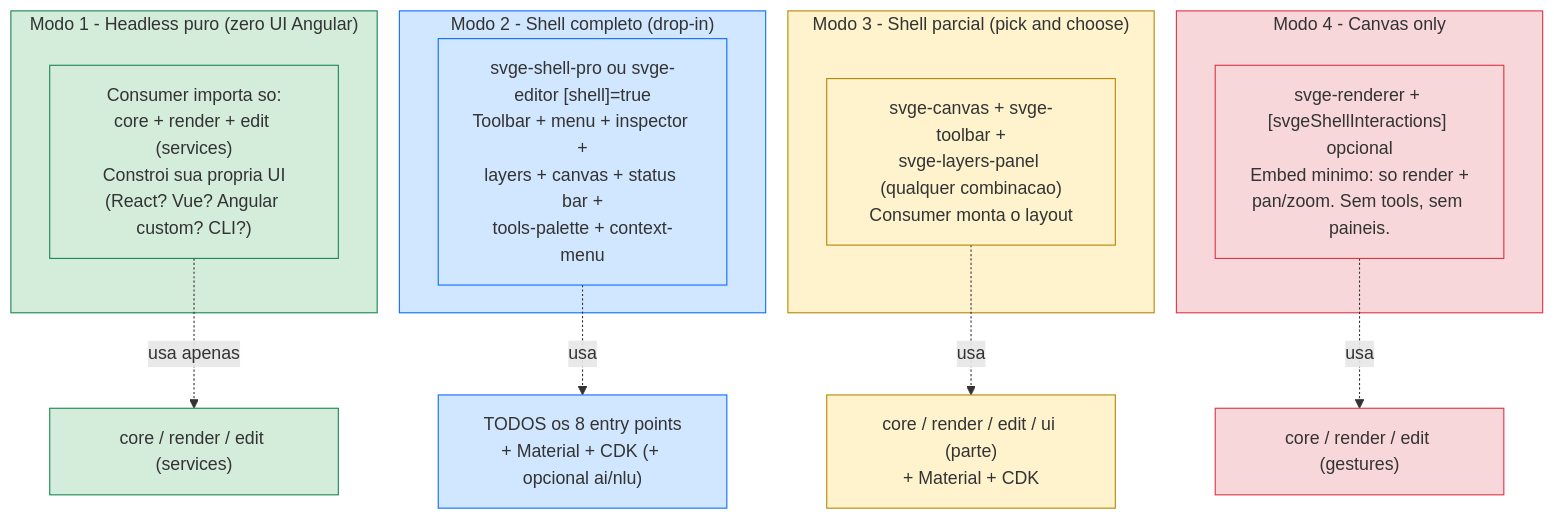
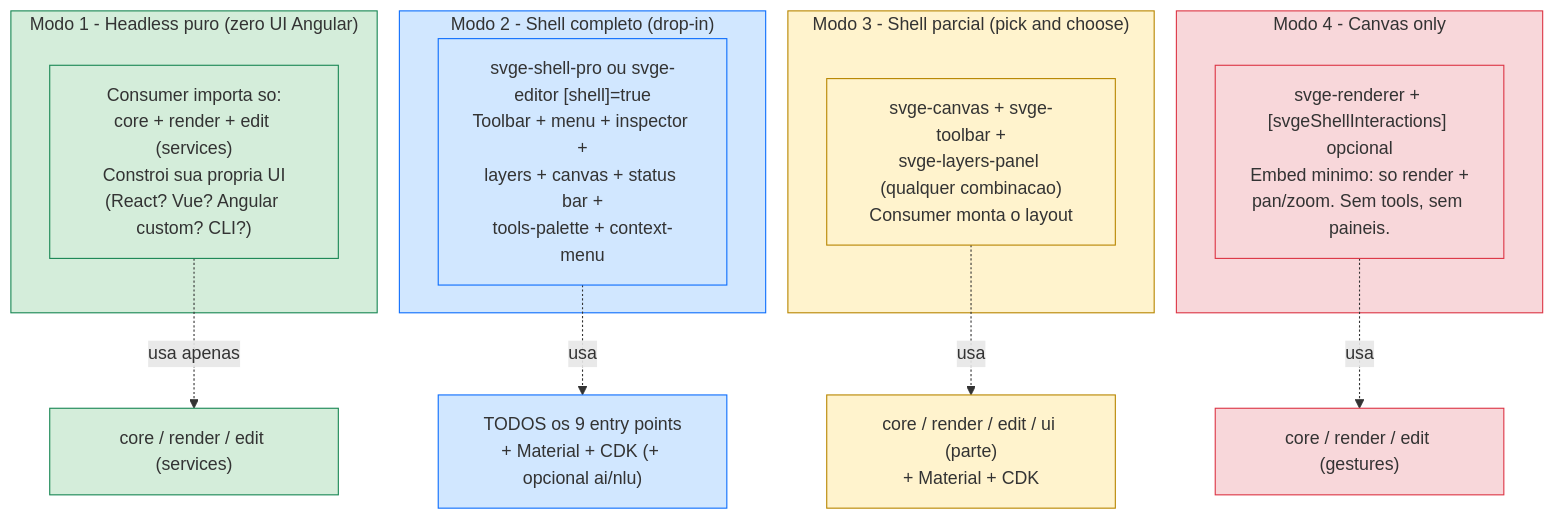
The third of 3 diagrams in docs/02-arquitetura.md (mosaicoo/svg-engine), drawn with Mermaid before and after one commit. The commit also changed other lines of this file and 2 other files, not shown here.

````diff
--- a/docs/02-arquitetura.md
+++ b/docs/02-arquitetura.md
@@ -389,33 +394,33 @@
 ```mermaid
 flowchart TB
   subgraph Mode1["Modo 1 - Headless puro (zero UI Angular)"]
     M1["Consumer importa so:<br/>core + render + edit (services)<br/>Constroi sua propria UI<br/>(React? Vue? Angular custom? CLI?)"]
   end
 
   subgraph Mode2["Modo 2 - Shell completo (drop-in)"]
     M2["svge-shell-pro ou svge-editor [shell]=true<br/>Toolbar + menu + inspector +<br/>layers + canvas + status bar +<br/>tools-palette + context-menu"]
   end
 
   subgraph Mode3["Modo 3 - Shell parcial (pick and choose)"]
     M3["svge-canvas + svge-toolbar +<br/>svge-layers-panel (qualquer combinacao)<br/>Consumer monta o layout"]
   end
 
   subgraph Mode4["Modo 4 - Canvas only"]
     M4["svge-renderer + [svgeShellInteractions] opcional<br/>Embed minimo: so render +<br/>pan/zoom. Sem tools, sem paineis."]
   end
 
   M1 -.->|usa apenas| L1["core / render / edit (services)"]
-  M2 -.->|usa| L2["TODOS os 8 entry points<br/>+ Material + CDK (+ opcional ai/nlu)"]
+  M2 -.->|usa| L2["TODOS os 9 entry points<br/>+ Material + CDK (+ opcional ai/nlu)"]
   M3 -.->|usa| L3["core / render / edit / ui (parte)<br/>+ Material + CDK"]
   M4 -.->|usa| L4["core / render / edit (gestures)"]
 
   classDef m1 fill:#d4edda,stroke:#198754
   classDef m2 fill:#d1e7ff,stroke:#0d6efd
   classDef m3 fill:#fff3cd,stroke:#b88600
   classDef m4 fill:#f8d7da,stroke:#dc3545
 
   class Mode1,M1,L1 m1
   class Mode2,M2,L2 m2
   class Mode3,M3,L3 m3
   class Mode4,M4,L4 m4
 ```
````
